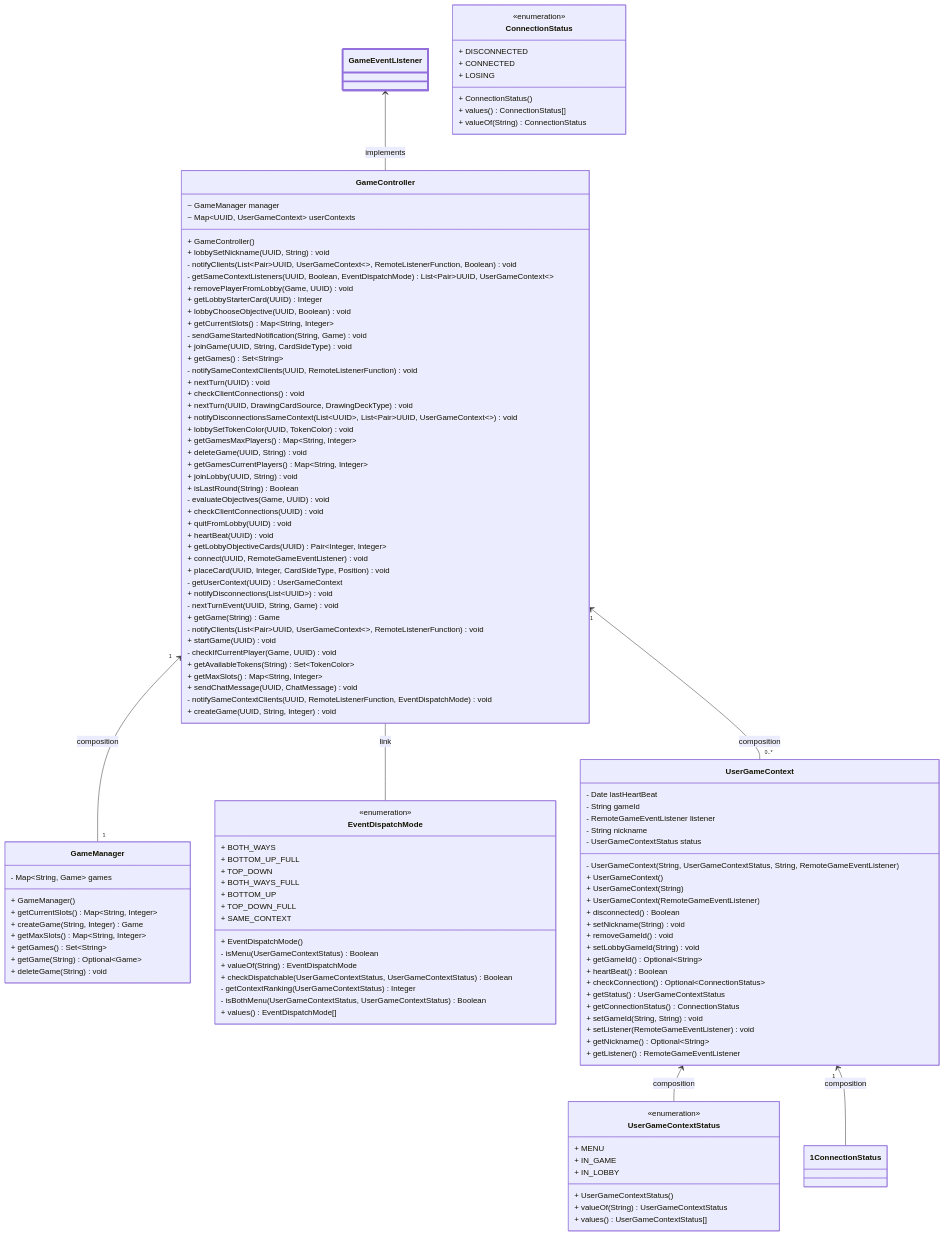
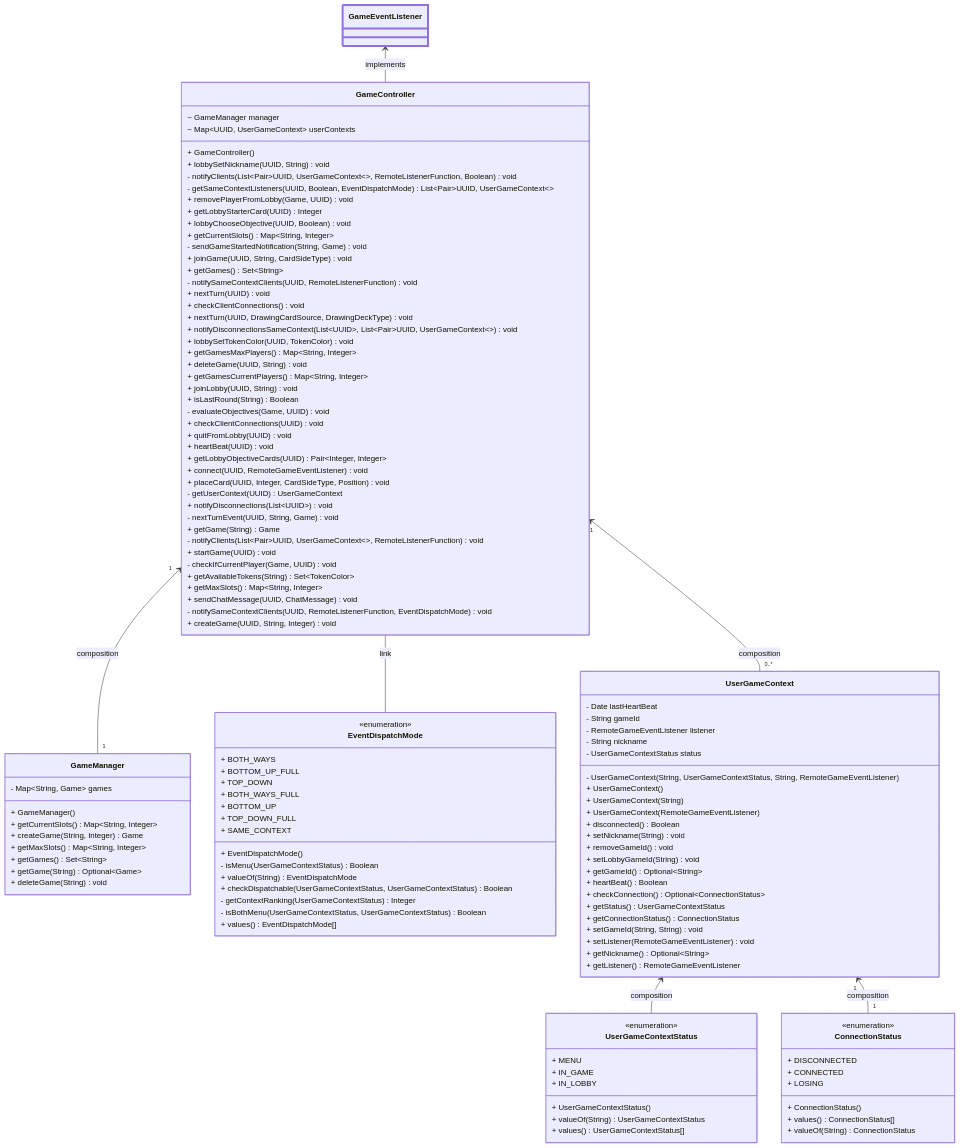
The diagram in documentation_wip/uml class diagrams final/uml_game_controller.md (frephs/IS24-AM21), drawn with Mermaid before and after one commit. The commit also changed 1 other file, not shown here.

Commit message:
fix: minor fixes

````diff
--- a/documentation_wip/uml class diagrams final/uml_game_controller.md
+++ b/documentation_wip/uml class diagrams final/uml_game_controller.md
@@ -138,5 +138,5 @@
   GameController "1" <-- "0..*" UserGameContext : composition
   GameController -- EventDispatchMode : link
   UserGameContext <-- UserGameContextStatus : composition
-  UserGameContext "1" <-- 1 ConnectionStatus  : composition
+  UserGameContext "1" <-- "1" ConnectionStatus  : composition
  ```
````
